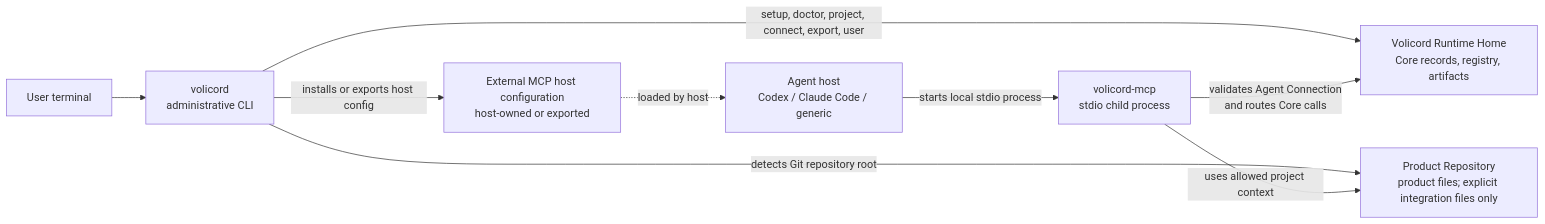
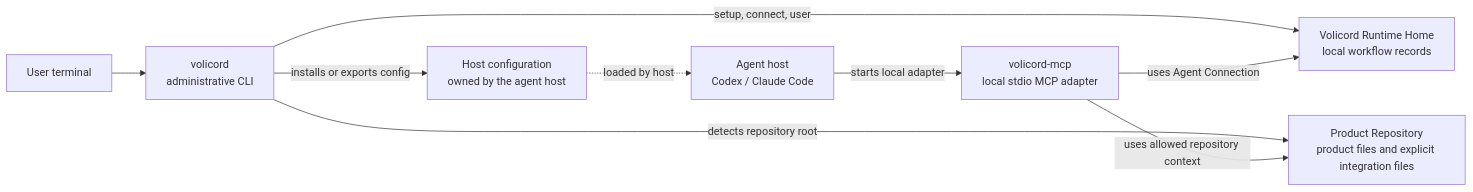
The second of 2 diagrams in README.md (minjungw00/Harness_Project), drawn with Mermaid before and after one commit. The commit also changed other lines of this file and 1 other file, not shown here.

Commit message:
docs: improve root README orientation

````diff
--- a/README.md
+++ b/README.md
@@ -124,19 +164,19 @@
 ```mermaid
 flowchart LR
-  user["User terminal"]
+  terminal["User terminal"]
   cli["volicord<br/>administrative CLI"]
-  host["Agent host<br/>Codex / Claude Code / generic"]
-  mcp["volicord-mcp<br/>stdio child process"]
-  runtime["Volicord Runtime Home<br/>Core records, registry, artifacts"]
-  repo["Product Repository<br/>product files; explicit integration files only"]
-  hostcfg["External MCP host configuration<br/>host-owned or exported"]
+  host["Agent host<br/>Codex / Claude Code"]
+  adapter["volicord-mcp<br/>local stdio MCP adapter"]
+  home["Volicord Runtime Home<br/>local workflow records"]
+  repo["Product Repository<br/>product files and explicit integration files"]
+  config["Host configuration<br/>owned by the agent host"]
 
-  user --> cli
-  cli -- "setup, doctor, project, connect, export, user" --> runtime
-  cli -- "detects Git repository root" --> repo
-  cli -- "installs or exports host config" --> hostcfg
-  hostcfg -. "loaded by host" .-> host
-  host -- "starts local stdio process" --> mcp
-  mcp -- "validates Agent Connection<br/>and routes Core calls" --> runtime
-  mcp -- "uses allowed project context" --> repo
+  terminal --> cli
+  cli -- "setup, connect, user" --> home
+  cli -- "detects repository root" --> repo
+  cli -- "installs or exports config" --> config
+  config -. "loaded by host" .-> host
+  host -- "starts local adapter" --> adapter
+  adapter -- "uses Agent Connection" --> home
+  adapter -- "uses allowed repository context" --> repo
 ```
````
